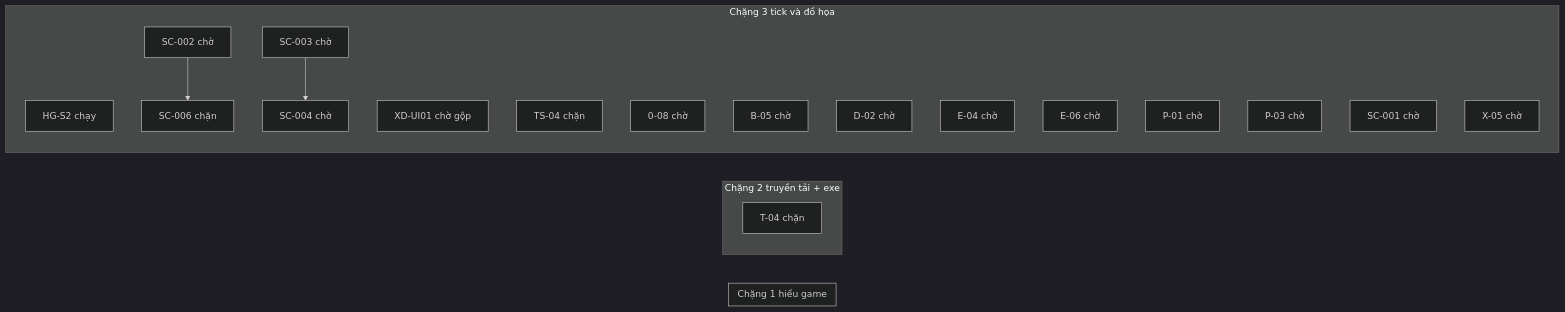
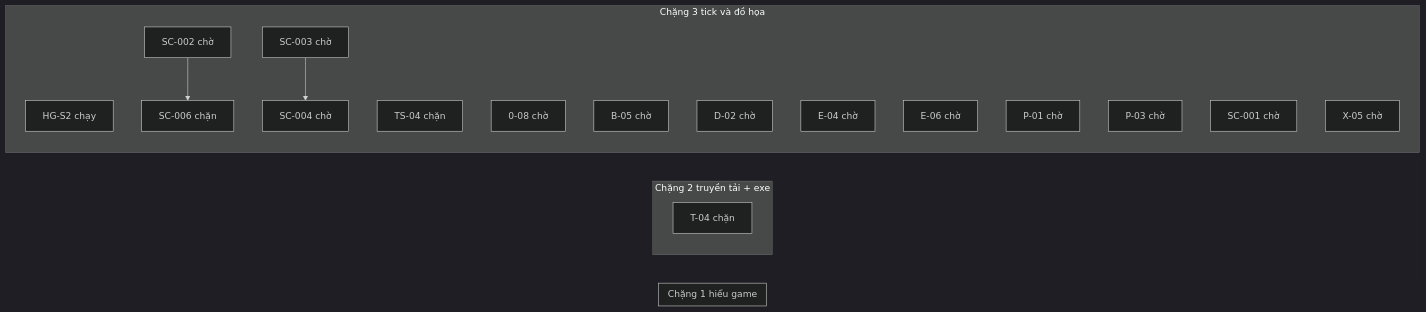
The diagram in JX1_OPS/STATE/TIEN-DO.md (ndtangoss-dev/jx1-reports), drawn with Mermaid (dark theme) before and after one commit. The commit also changed other lines of this file and 3 other files, not shown here.

````diff
--- a/JX1_OPS/STATE/TIEN-DO.md
+++ b/JX1_OPS/STATE/TIEN-DO.md
@@ -9,28 +9,27 @@
 ```mermaid
 flowchart LR
   subgraph S1["Chặng 1 hiểu game"]
   end
   subgraph S2["Chặng 2 truyền tải + exe"]
     T_04["T-04 chặn"]
   end
   subgraph S3["Chặng 3 tick và đồ họa"]
     HG_S2["HG-S2 chạy"]
-    XD_UI01["XD-UI01 chờ gộp"]
     SC_006["SC-006 chặn"]
     TS_04["TS-04 chặn"]
     0_08["0-08 chờ"]
     B_05["B-05 chờ"]
     D_02["D-02 chờ"]
     E_04["E-04 chờ"]
     E_06["E-06 chờ"]
     P_01["P-01 chờ"]
     P_03["P-03 chờ"]
     SC_001["SC-001 chờ"]
     SC_002["SC-002 chờ"]
     SC_003["SC-003 chờ"]
     SC_004["SC-004 chờ"]
     X_05["X-05 chờ"]
   end
   SC_002 --> SC_006
   SC_003 --> SC_004
 ```
````
